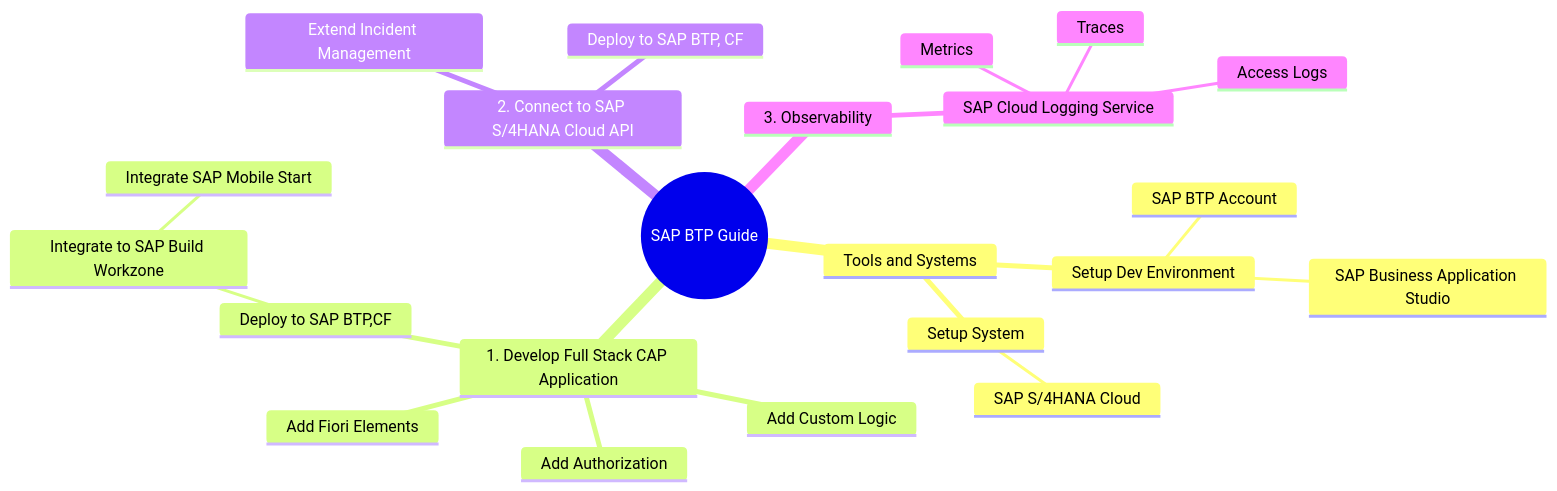
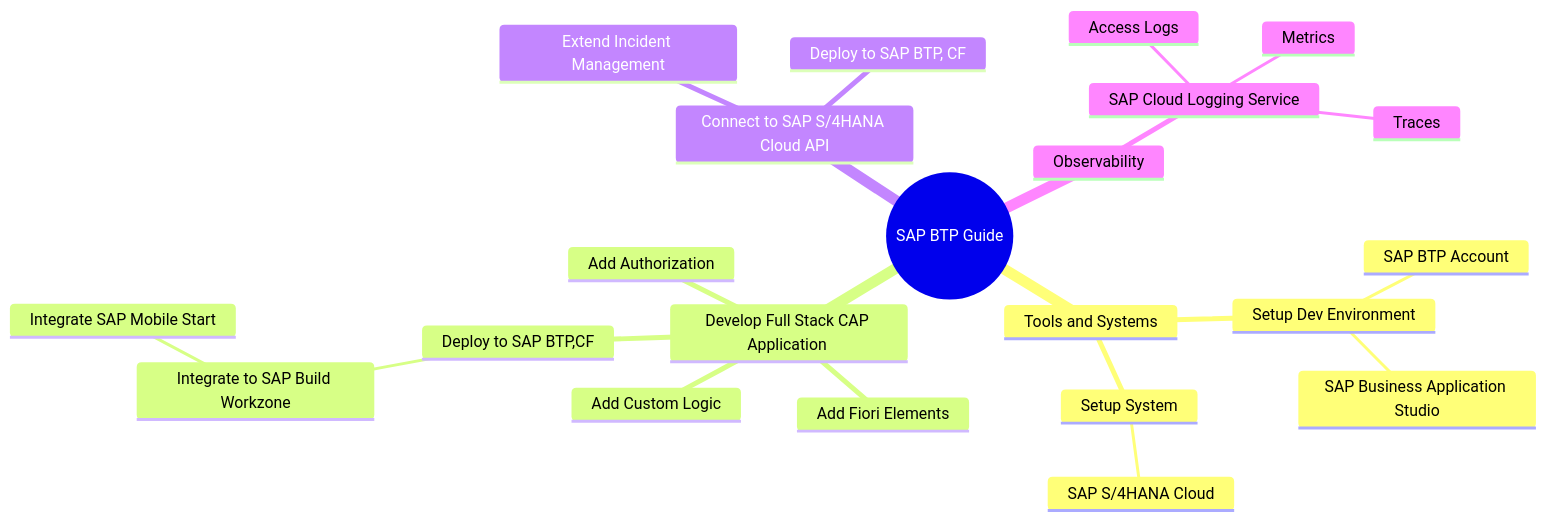
Before and after one commit to SAP-samples/btp-end-to-end-scenario-use-cases: the first of 4 diagrams in topic3/README.md, drawn with Mermaid.

````diff
--- a/topic3/README.md
+++ b/topic3/README.md
@@ -9,25 +9,25 @@
 ```mermaid
    mindmap
   root((SAP BTP Guide))
     Tools and Systems
       Setup Dev Environment
         SAP BTP Account
         SAP Business Application Studio
       Setup System   
         SAP S/4HANA Cloud
-    1. Develop Full Stack CAP Application 
+    Develop Full Stack CAP Application 
       Add Custom Logic
       Add Fiori Elements
       Add Authorization
       Deploy to SAP BTP,CF
         Integrate to SAP Build Workzone
           Integrate SAP Mobile Start
-    2. Connect to SAP S/4HANA Cloud API
+    Connect to SAP S/4HANA Cloud API
       Extend Incident Management
       Deploy to SAP BTP, CF
-    3. Observability
+    Observability
       SAP Cloud Logging Service
         Access Logs
         Metrics
         Traces
 ```
````
